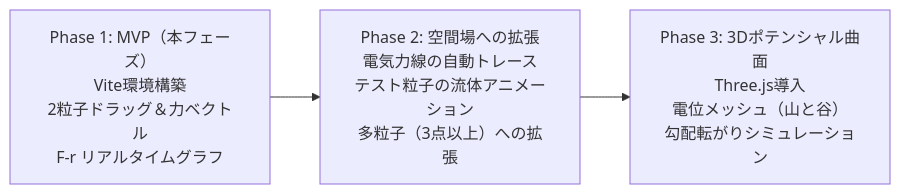
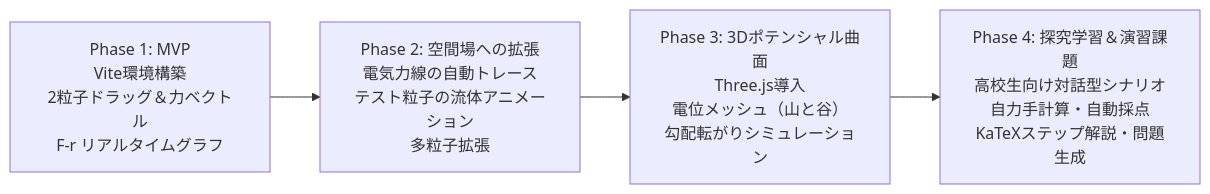
Before and after one commit to hiroTochigi/physics: the second of 2 diagrams in agentDocs/coulomb_simulator_plan.md, drawn with Mermaid. The commit also changed other lines of this file, not shown here.

Commit message:
docs: update development plan with Phase 4 learning scenario and challenge features

````diff
--- a/agentDocs/coulomb_simulator_plan.md
+++ b/agentDocs/coulomb_simulator_plan.md
@@ -60,8 +60,9 @@
 ```mermaid
 flowchart LR
-    P1["Phase 1: MVP（本フェーズ）<br/>Vite環境構築<br/>2粒子ドラッグ＆力ベクトル<br/>F-r リアルタイムグラフ"]
-    P2["Phase 2: 空間場への拡張<br/>電気力線の自動トレース<br/>テスト粒子の流体アニメーション<br/>多粒子（3点以上）への拡張"]
+    P1["Phase 1: MVP<br/>Vite環境構築<br/>2粒子ドラッグ＆力ベクトル<br/>F-r リアルタイムグラフ"]
+    P2["Phase 2: 空間場への拡張<br/>電気力線の自動トレース<br/>テスト粒子の流体アニメーション<br/>多粒子拡張"]
     P3["Phase 3: 3Dポテンシャル曲面<br/>Three.js導入<br/>電位メッシュ（山と谷）<br/>勾配転がりシミュレーション"]
+    P4["Phase 4: 探究学習＆演習課題<br/>高校生向け対話型シナリオ<br/>自力手計算・自動採点<br/>KaTeXステップ解説・問題生成"]
 
-    P1 --> P2 --> P3
+    P1 --> P2 --> P3 --> P4
 ```
````
